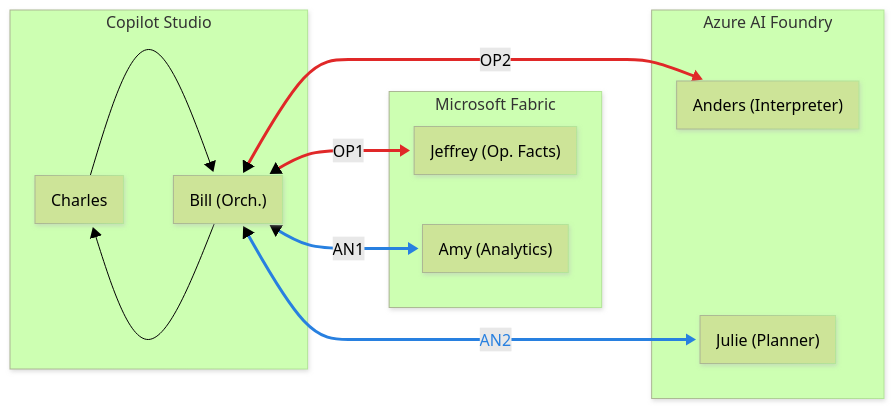
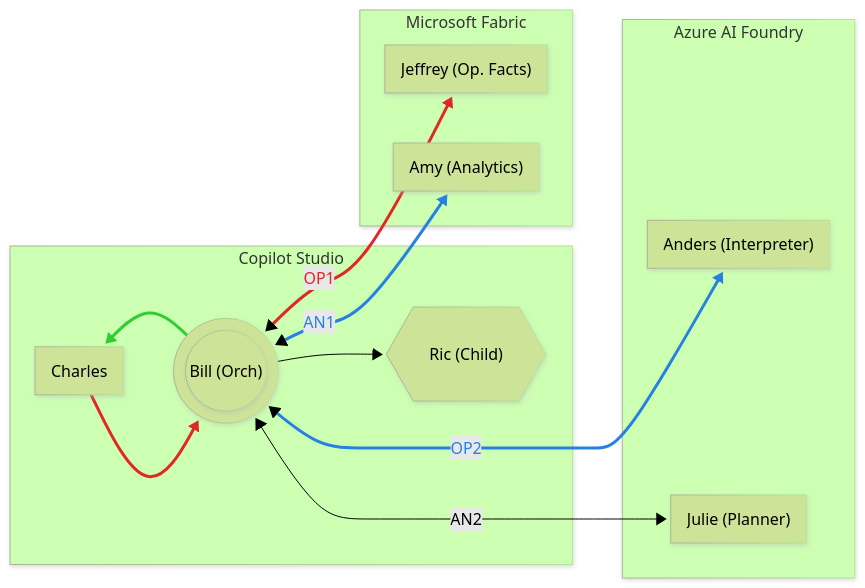
One commit to warnov/taller-multi-agentic changed the diagram in assets/global-arch.mermaid. Above: the diagram before and after it, drawn with Mermaid (forest theme).

Commit message:
Refactor flowchart and add Ric node

```diff
--- a/assets/global-arch.mermaid
+++ b/assets/global-arch.mermaid
@@ -1,33 +1,36 @@
 ---
 config:
   look: neo
 ---
 flowchart LR
 
   subgraph CS["Copilot Studio"]
     Charles["Charles"]
-    Bill["Bill (Orch.)"]
+    Bill((("Bill (Orch)")))
+    Ric{{"Ric (Child)"}}
   end
 
   subgraph MF["Microsoft Fabric"]
     Jeffrey["Jeffrey (Op. Facts)"]
     Amy["Amy (Analytics)"]
   end
 
   subgraph AF["Azure AI Foundry"]
     Anders["Anders (Interpreter)"]
     Julie["Julie (Planner)"]
   end
+
   MF ~~~ AF
-  Charles L_Charles_Bill_0@--> Bill
-  Bill OP1@<-->|OP1| Jeffrey
-  Bill OP2@<-->|OP2| Anders
-  Bill AN1@<-->|AN1| Amy
-  Bill AN2@<-->|AN2| Julie
-  Bill L_Bill_Charles_0@--> Charles
-  L_Charles_Bill_0@{ curve: natural }
-  L_Bill_Charles_0@{ curve: natural }
-  linkStyle 2 stroke:#E02828,stroke-width:3px,color:#E02828     %% OP1 - red
-  linkStyle 3 stroke:#E02828,stroke-width:3px,color:#E02828     %% OP2 - red
-  linkStyle 4 stroke:#2880E0,stroke-width:3px,color:#2880E0     %% AN1 - blue
-  linkStyle 5 stroke:#2880E0,stroke-width:3px,color:#2880E0  
+  Charles -- " " --> Bill
+  Bill <-->|OP1| Jeffrey
+  Bill <-->|OP2| Anders
+  Bill <-->|AN1| Amy
+  Bill <-->|AN2| Julie
+  Bill -- " " --> Charles
+  Bill --> Ric
+
+  linkStyle 1 stroke:#E02828,stroke-width:3px,color:#E02828
+  linkStyle 2 stroke:#E02828,stroke-width:3px,color:#E02828
+  linkStyle 3 stroke:#2880E0,stroke-width:3px,color:#2880E0
+  linkStyle 4 stroke:#2880E0,stroke-width:3px,color:#2880E0
+  linkStyle 6 stroke:#32CD32,stroke-width:3px,color:#32CD32
```
